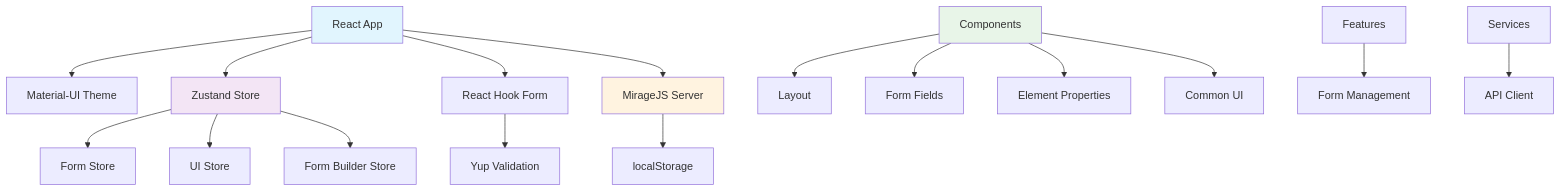
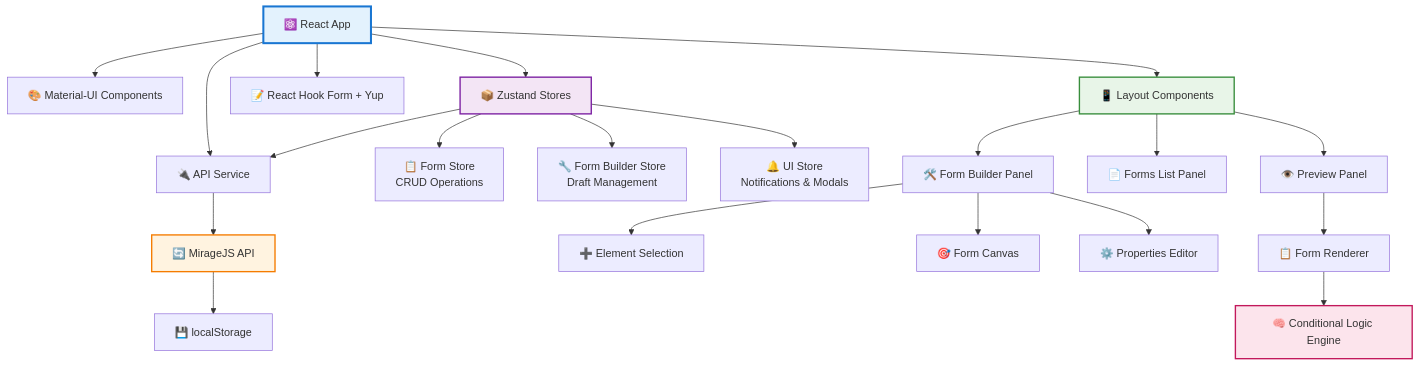
Before and after one commit to b-amir/form-flow: the first of 3 diagrams in README.md, drawn with Mermaid. The commit also changed other lines of this file, not shown here.

````diff
--- a/README.md
+++ b/README.md
@@ -223,29 +199,36 @@
 ```mermaid
-graph TB
-    A[React App] --> B[Material-UI Theme]
-    A --> C[Zustand Store]
-    A --> D[React Hook Form]
+graph TD
+    A[⚛️ React App]
 
-    C --> E[Form Store]
-    C --> F[UI Store]
-    C --> G[Form Builder Store]
+    A --> B[🎨 Material-UI Components]
+    A --> C[📦 Zustand Stores]
+    A --> D[📝 React Hook Form + Yup]
+    A --> J[🔌 API Service]
+    A --> K[📱 Layout Components]
 
-    D --> H[Yup Validation]
+    C --> E[📋 Form Store<br/>CRUD Operations]
+    C --> F[🔧 Form Builder Store<br/>Draft Management]
+    C --> G[🔔 UI Store<br/>Notifications & Modals]
 
-    A --> I[MirageJS Server]
-    I --> J[localStorage]
+    J --> H[🔄 MirageJS API]
+    H --> I[💾 localStorage]
 
-    K[Components] --> L[Layout]
-    K --> M[Form Fields]
-    K --> N[Element Properties]
-    K --> O[Common UI]
+    K --> L[🛠️ Form Builder Panel]
+    K --> M[📄 Forms List Panel]
+    K --> N[👁️ Preview Panel]
 
-    P[Features] --> Q[Form Management]
+    L --> O[➕ Element Selection]
+    L --> P[🎯 Form Canvas]
+    L --> Q[⚙️ Properties Editor]
 
-    R[Services] --> S[API Client]
+    N --> R[📋 Form Renderer]
+    R --> S[🧠 Conditional Logic Engine]
 
-    style A fill:#e1f5fe
-    style C fill:#f3e5f5
-    style I fill:#fff3e0
-    style K fill:#e8f5e8
+    C --> J
+
+    style A fill:#e3f2fd,stroke:#1976d2,stroke-width:3px
+    style C fill:#f3e5f5,stroke:#7b1fa2,stroke-width:2px
+    style H fill:#fff3e0,stroke:#f57c00,stroke-width:2px
+    style K fill:#e8f5e8,stroke:#388e3c,stroke-width:2px
+    style S fill:#fce4ec,stroke:#c2185b,stroke-width:2px
 ```
````
